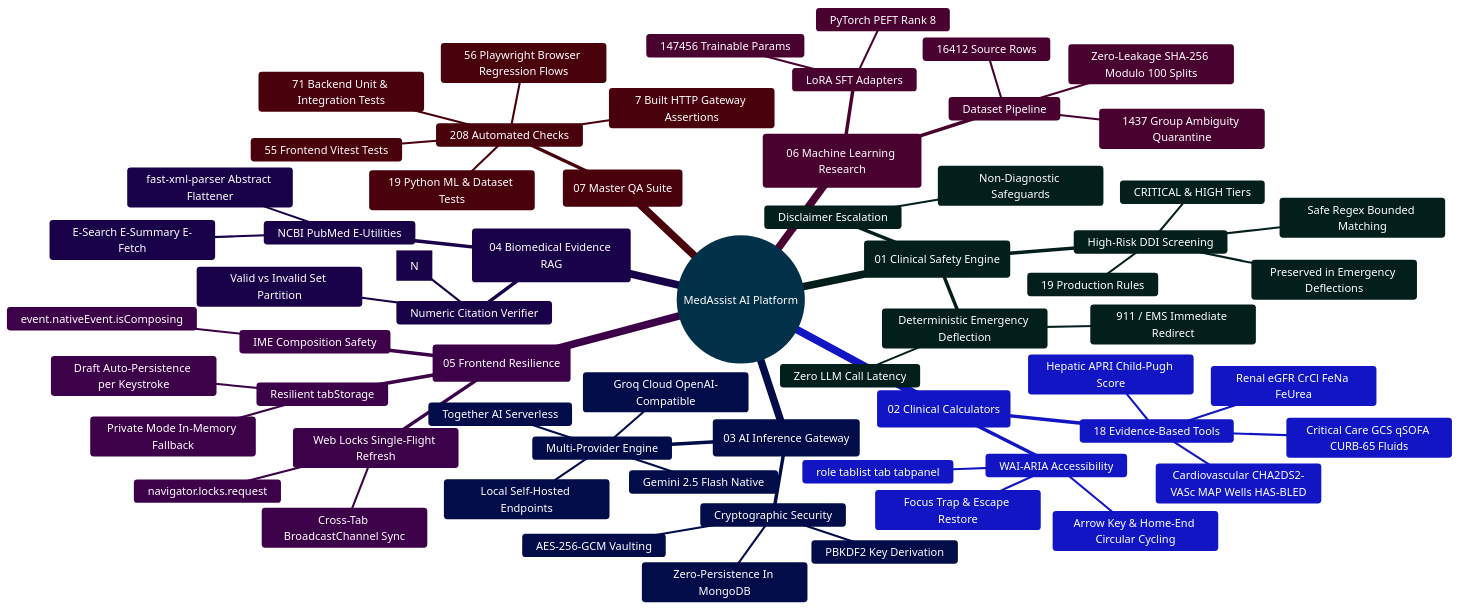
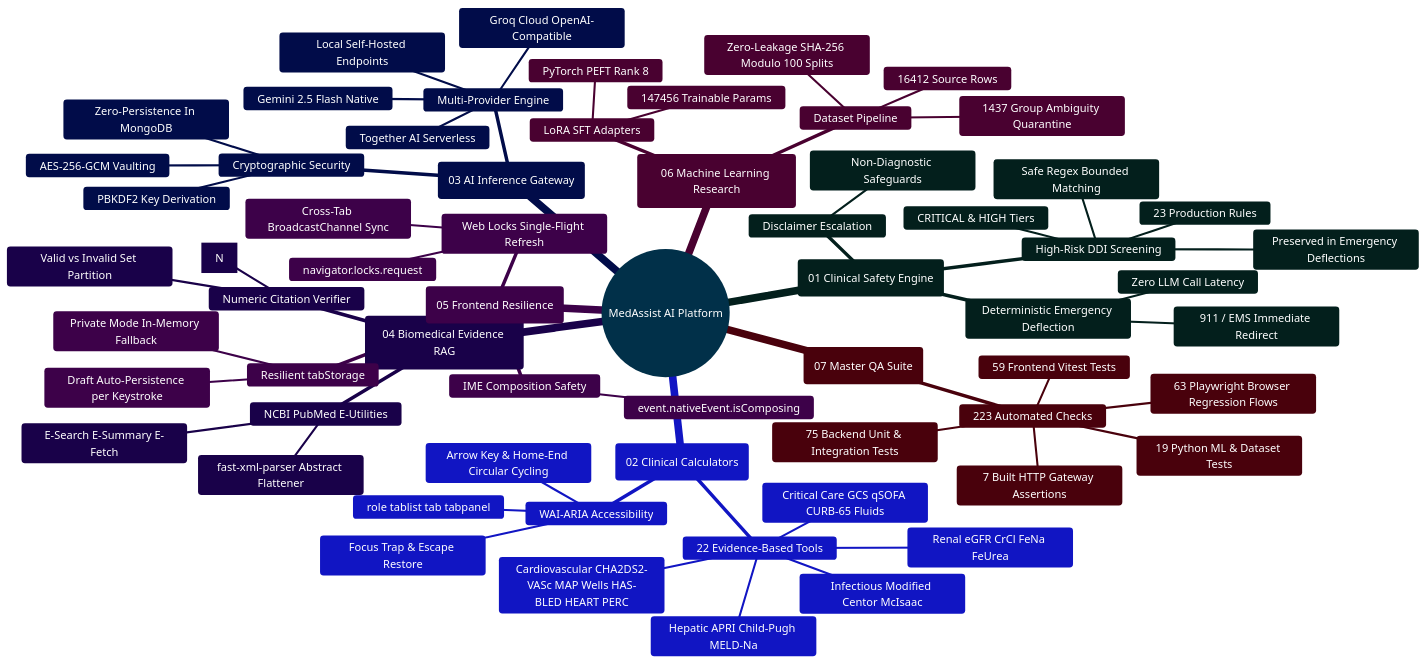
The diagram in docs/PRODUCTION_DEVELOPER_BUILD_GUIDE.md (Ganesh172919/React-App-LLM), drawn with Mermaid before and after one commit. The commit also changed other lines of this file and 67 other files, not shown here.

````diff
--- a/docs/PRODUCTION_DEVELOPER_BUILD_GUIDE.md
+++ b/docs/PRODUCTION_DEVELOPER_BUILD_GUIDE.md
@@ -81,75 +81,76 @@
 ```mermaid
 %%{init: {'theme': 'base', 'themeVariables': { 'primaryColor': '#0284c7', 'primaryTextColor': '#ffffff', 'primaryBorderColor': '#0369a1', 'lineColor': '#0284c7', 'secondaryColor': '#0d9488', 'tertiaryColor': '#6366f1' }}}%%
 mindmap
   root((MedAssist AI Platform))
     ::icon(fa fa-heartbeat)
     (01 Clinical Safety Engine)
       ::icon(fa fa-shield-virus)
       High-Risk DDI Screening
-        19 Production Rules
+        23 Production Rules
         Safe Regex Bounded Matching
         CRITICAL & HIGH Tiers
         Preserved in Emergency Deflections
       Deterministic Emergency Deflection
         911 / EMS Immediate Redirect
         Zero LLM Call Latency
       Disclaimer Escalation
         Non-Diagnostic Safeguards
     (02 Clinical Calculators)
       ::icon(fa fa-calculator)
-      18 Evidence-Based Tools
+      22 Evidence-Based Tools
         Renal eGFR CrCl FeNa FeUrea
-        Cardiovascular CHA2DS2-VASc MAP Wells HAS-BLED
+        Cardiovascular CHA2DS2-VASc MAP Wells HAS-BLED HEART PERC
         Critical Care GCS qSOFA CURB-65 Fluids
-        Hepatic APRI Child-Pugh Score
+        Hepatic APRI Child-Pugh MELD-Na
+        Infectious Modified Centor McIsaac
       WAI-ARIA Accessibility
         role tablist tab tabpanel
         Arrow Key & Home-End Circular Cycling
         Focus Trap & Escape Restore
     (03 AI Inference Gateway)
       ::icon(fa fa-brain)
       Multi-Provider Engine
         Gemini 2.5 Flash Native
         Groq Cloud OpenAI-Compatible
         Together AI Serverless
         Local Self-Hosted Endpoints
       Cryptographic Security
         AES-256-GCM Vaulting
         PBKDF2 Key Derivation
         Zero-Persistence In MongoDB
     (04 Biomedical Evidence RAG)
       ::icon(fa fa-book-medical)
       NCBI PubMed E-Utilities
         E-Search E-Summary E-Fetch
         fast-xml-parser Abstract Flattener
       Numeric Citation Verifier
         Strict Bracket Checking [N]
         Valid vs Invalid Set Partition
     (05 Frontend Resilience)
       ::icon(fa fa-desktop)
       Web Locks Single-Flight Refresh
         navigator.locks.request
         Cross-Tab BroadcastChannel Sync
       Resilient tabStorage
         Private Mode In-Memory Fallback
         Draft Auto-Persistence per Keystroke
       IME Composition Safety
         event.nativeEvent.isComposing
     (06 Machine Learning Research)
       ::icon(fa fa-dna)
       Dataset Pipeline
         16412 Source Rows
         1437 Group Ambiguity Quarantine
         Zero-Leakage SHA-256 Modulo 100 Splits
       LoRA SFT Adapters
         147456 Trainable Params
         PyTorch PEFT Rank 8
     (07 Master QA Suite)
       ::icon(fa fa-check-double)
-      208 Automated Checks
-        71 Backend Unit & Integration Tests
-        55 Frontend Vitest Tests
+      223 Automated Checks
+        75 Backend Unit & Integration Tests
+        59 Frontend Vitest Tests
         19 Python ML & Dataset Tests
         7 Built HTTP Gateway Assertions
-        56 Playwright Browser Regression Flows
+        63 Playwright Browser Regression Flows
 ```
````
